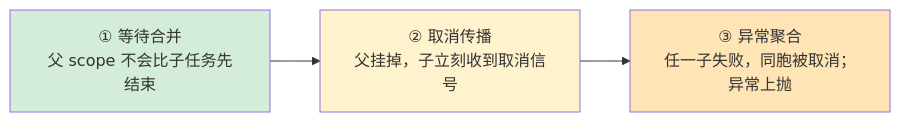
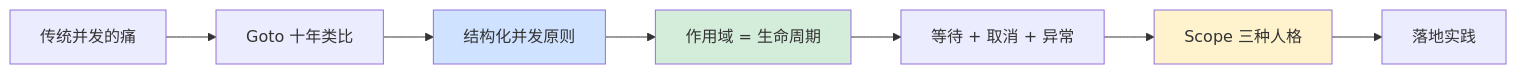
One commit to chongyang211/YCBookBlog changed the first of 7 diagrams in 00.通用技术的提升/02.程序编程原理/03.第3卷并发之道/3.18.结构化并发设计思想.md. Above: the diagram before and after it, drawn with Mermaid. The commit also changed other lines of this file and 45 other files, not shown here.

````diff
--- a/00.通用技术的提升/02.程序编程原理/03.第3卷并发之道/3.18.结构化并发设计思想.md
+++ b/00.通用技术的提升/02.程序编程原理/03.第3卷并发之道/3.18.结构化并发设计思想.md
@@ -142,8 +197,13 @@
 ```mermaid
 flowchart LR
-    A[① 等待合并<br/>父 scope 不会比子任务先结束] --> B[② 取消传播<br/>父挂掉，子立刻收到取消信号]
-    B --> C[③ 异常聚合<br/>任一子失败，同胞被取消；异常上抛]
-    style A fill:#d4edda
-    style B fill:#fff3cd
-    style C fill:#ffe4b5
+    A[传统并发的痛] --> B[Goto 十年类比]
+    B --> C[结构化并发原则]
+    C --> D[作用域 = 生命周期]
+    D --> E[等待 + 取消 + 异常]
+    E --> F[Scope 三种人格]
+    F --> G[落地实践]
+    
+    style C fill:#cfe2ff
+    style D fill:#d4edda
+    style F fill:#fff3cd
 ```
````
